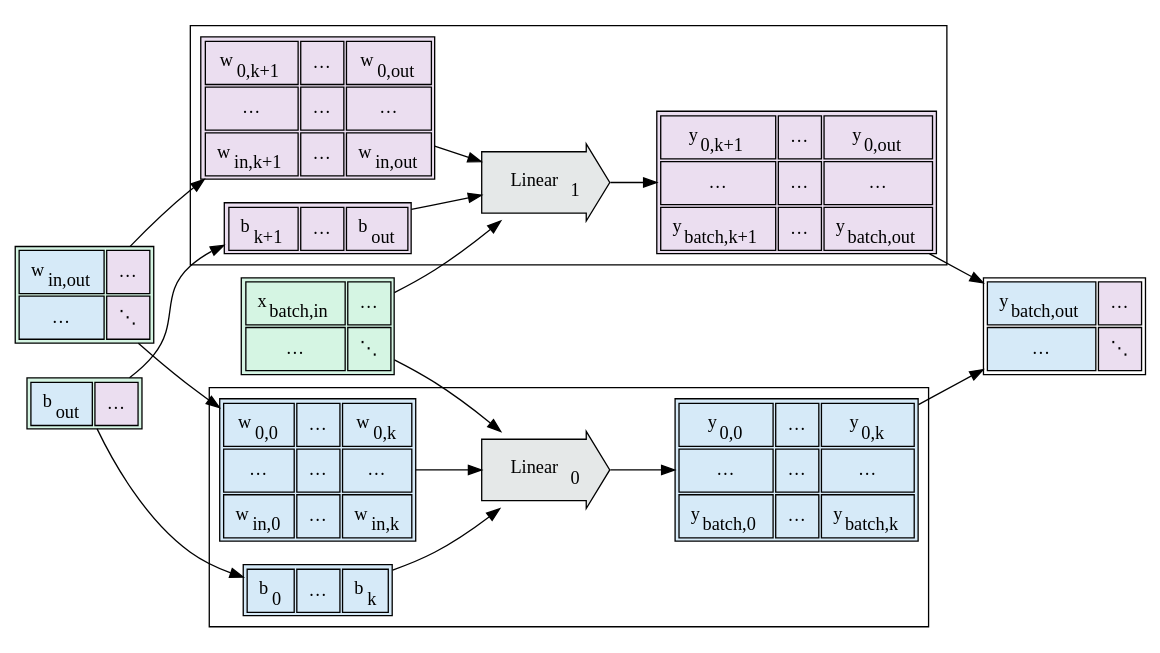
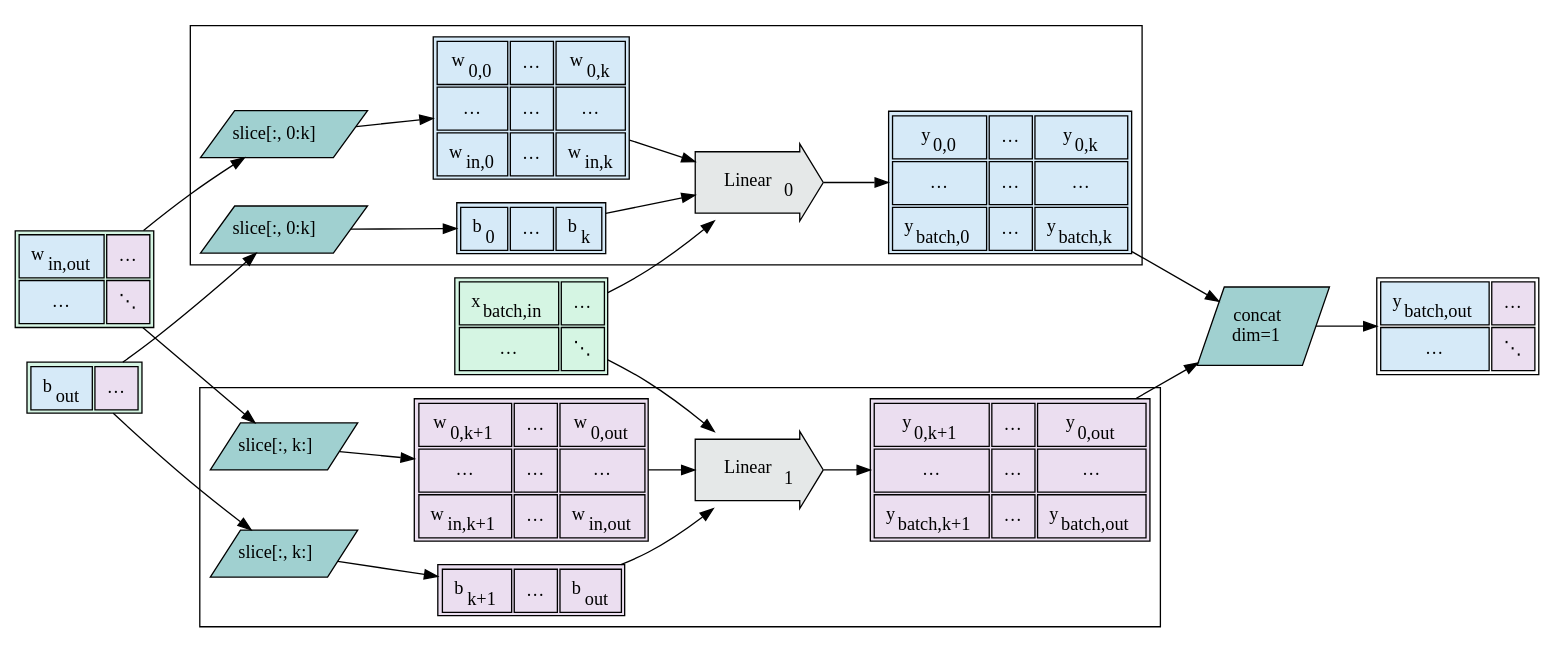
Diagram 18 of 55 in source/Tapestry/index.md (crutcher/crutcher.github.io-source), drawn with Graphviz before and after one commit. The commit also changed other lines of this file, not shown here.

Commit message:
selector population

````diff
--- a/source/Tapestry/index.md
+++ b/source/Tapestry/index.md
@@ -2608,6 +2609,15 @@
             </table>
         >,
     ];
+    
+    SW0 [
+      label=<slice[:, 0:k]>,
+      margin=0,
+      shape=parallelogram,
+      style=filled,
+      fillcolor="#a0d0d0",
+      color=black,
+    ];
 
     b0 [
         shape="plain",
@@ -2620,6 +2630,15 @@
                 </tr>
             </table>
         >,
+    ];
+    
+    Sb0 [
+      label=<slice[:, 0:k]>,
+      margin=0,
+      shape=parallelogram,
+      style=filled,
+      fillcolor="#a0d0d0",
+      color=black,
     ];
 
     op0 [
@@ -2682,6 +2701,15 @@
             </table>
         >,
     ];
+    
+    SWk [
+      label=<slice[:, k:]>,
+      margin=0,
+      shape=parallelogram,
+      style=filled,
+      fillcolor="#a0d0d0",
+      color=black,
+    ];
 
     bk [
         shape="plain",
@@ -2694,6 +2722,15 @@
                 </tr>
             </table>
         >,
+    ];
+    
+    Sbk [
+      label=<slice[:, k:]>,
+      margin=0,
+      shape=parallelogram,
+      style=filled,
+      fillcolor="#a0d0d0",
+      color=black,
     ];
 
     yk [
@@ -2752,16 +2789,31 @@
     x -> op0 [weight=0];
     x -> opk [weight=0];
 
-    w -> w0;
-    w -> wk;
+    w -> SW0 -> w0;
+    w -> SWk -> wk;
 
-    b -> b0;
-    b -> bk;
+    b -> Sb0 -> b0;
+    b -> Sbk -> bk;
 
     w0 -> op0;
     wk -> opk;
+    
+    SC [
+      label=<
+         <table border="0" cellspacing="0" cellpadding="0">
+           <tr><td>concat</td></tr>
+           <tr><td>dim=1</td></tr>
+           </table>
+      >,
+      margin=0,
+      shape=parallelogram,
+      style=filled,
+      fillcolor="#a0d0d0",
+      color=black,
+    ];
 
-    y0 -> y;
-    yk -> y;
+    y0 -> SC;
+    yk -> SC;
+    SC -> y;
 }
 ```
````
